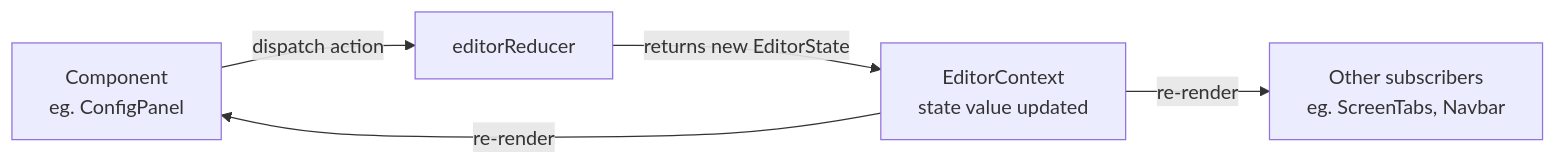
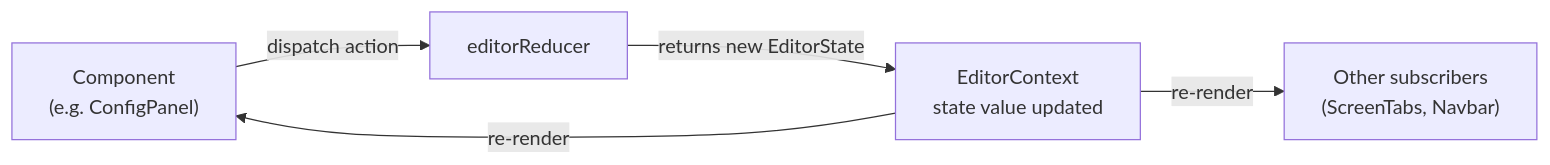
The second of 11 diagrams in documentation/data-flows.md (evilspoon13/track-web), drawn with Mermaid before and after one commit. The commit also changed other lines of this file and 36 other files, not shown here.

````diff
--- a/documentation/data-flows.md
+++ b/documentation/data-flows.md
@@ -37,7 +57,7 @@
 ```mermaid
 flowchart LR
-    C[Component\neg. ConfigPanel] -->|dispatch action| R[editorReducer]
-    R -->|returns new EditorState| CTX[EditorContext\nstate value updated]
+    C["Component<br/>(e.g. ConfigPanel)"] -->|dispatch action| R[editorReducer]
+    R -->|returns new EditorState| CTX["EditorContext<br/>state value updated"]
     CTX -->|re-render| C
-    CTX -->|re-render| C2[Other subscribers\neg. ScreenTabs, Navbar]
+    CTX -->|re-render| C2["Other subscribers<br/>(ScreenTabs, Navbar)"]
 ```
````
